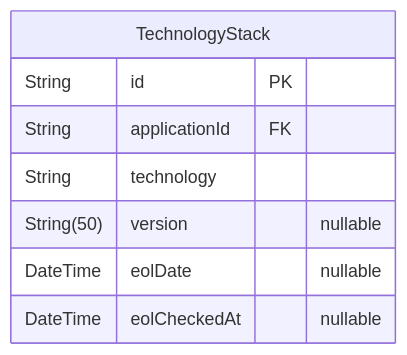
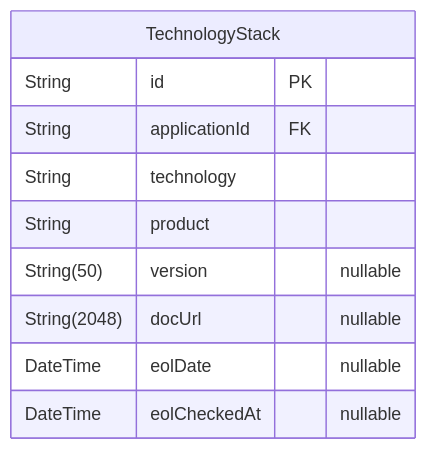
Before and after one commit to dnum-mi/referentiel-applications: diagram 13 of 14 in backend/prisma/docs/schema.md, drawn with Mermaid. The commit also changed other lines of this file and 8 other files, not shown here.

````diff
--- a/backend/prisma/docs/schema.md
+++ b/backend/prisma/docs/schema.md
@@ -1085,11 +1060,13 @@
 ```mermaid
 erDiagram
 "TechnologyStack" {
   String id PK
   String applicationId FK
   String technology
+  String product
   String(50) version "nullable"
+  String(2048) docUrl "nullable"
   DateTime eolDate "nullable"
   DateTime eolCheckedAt "nullable"
 }
 ```
````
